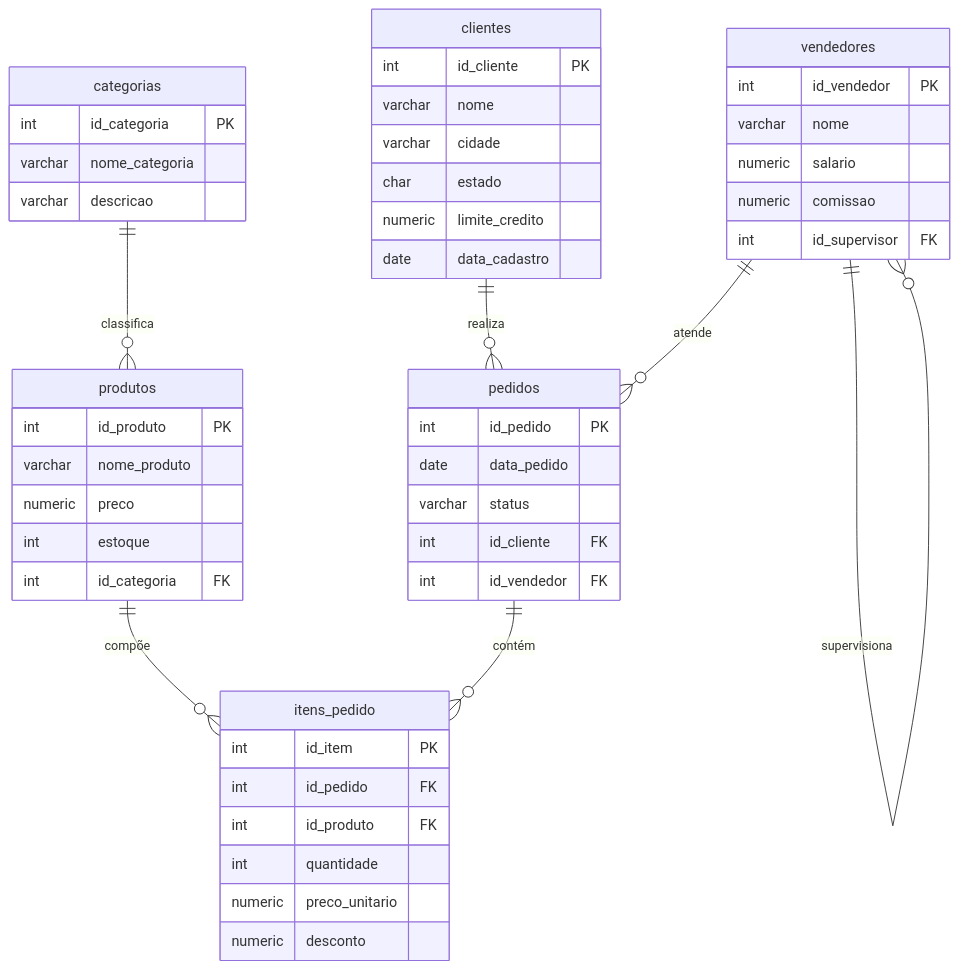
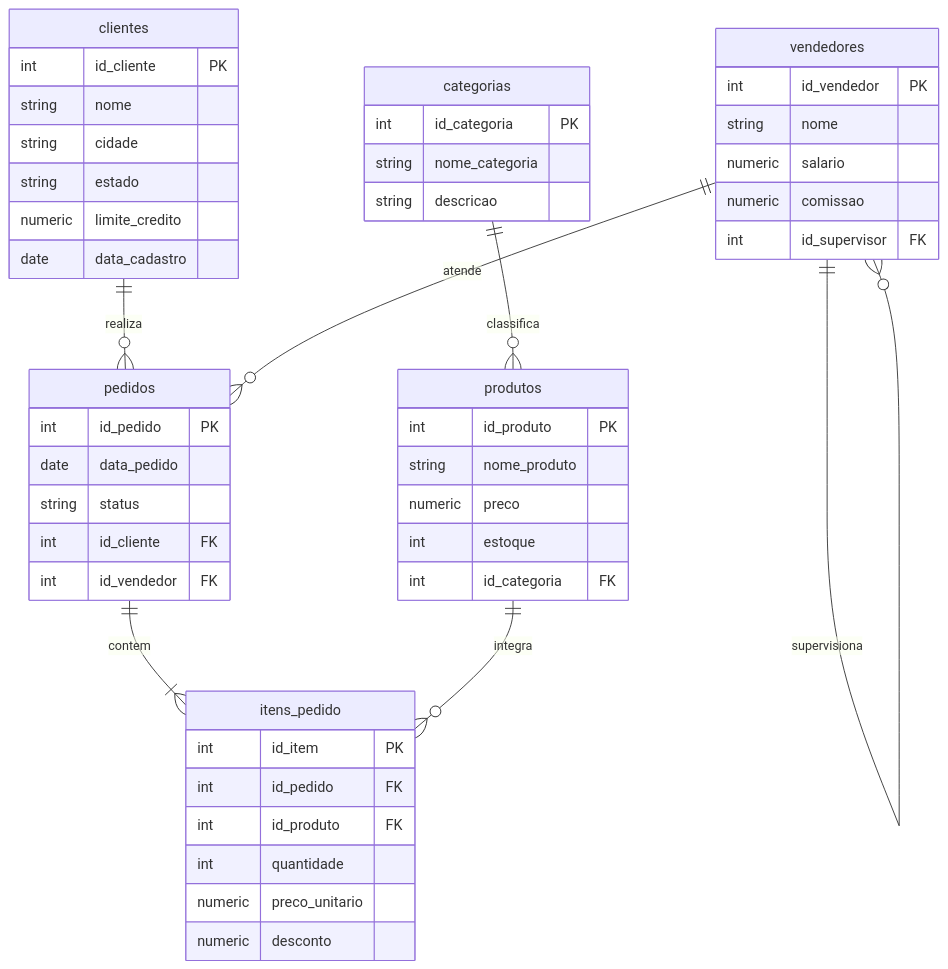
The first of 6 diagrams in 4º Semestre/[Prof. Welington Garcia] Tópicos Avançados em Banco de Dados/Trabalhos/Lista de exercícios/detalhes.md (murilolol/unifef), drawn with Mermaid before and after one commit. The commit also changed other lines of this file and 429 other files, not shown here.

````diff
--- a/4º Semestre/[Prof. Welington Garcia] Tópicos Avançados em Banco de Dados/Trabalhos/Lista de exercícios/detalhes.md
+++ b/4º Semestre/[Prof. Welington Garcia] Tópicos Avançados em Banco de Dados/Trabalhos/Lista de exercícios/detalhes.md
@@ -55,52 +351,57 @@
 ```mermaid
 erDiagram
+    clientes ||--o{ pedidos : realiza
+    vendedores ||--o{ pedidos : atende
+    vendedores ||--o{ vendedores : supervisiona
+    pedidos ||--|{ itens_pedido : contem
+    produtos ||--o{ itens_pedido : integra
+    categorias ||--o{ produtos : classifica
+
     clientes {
         int id_cliente PK
-        varchar nome
-        varchar cidade
-        char estado
+        string nome
+        string cidade
+        string estado
         numeric limite_credito
         date data_cadastro
     }
+
     vendedores {
         int id_vendedor PK
-        varchar nome
+        string nome
         numeric salario
         numeric comissao
         int id_supervisor FK
     }
+
     categorias {
         int id_categoria PK
-        varchar nome_categoria
-        varchar descricao
+        string nome_categoria
+        string descricao
     }
+
     produtos {
         int id_produto PK
-        varchar nome_produto
+        string nome_produto
         numeric preco
         int estoque
         int id_categoria FK
     }
+
     pedidos {
         int id_pedido PK
         date data_pedido
-        varchar status
+        string status
         int id_cliente FK
         int id_vendedor FK
     }
+
     itens_pedido {
         int id_item PK
         int id_pedido FK
         int id_produto FK
         int quantidade
         numeric preco_unitario
         numeric desconto
     }
-
-    clientes ||--o{ pedidos : "realiza"
-    vendedores ||--o{ pedidos : "atende"
-    vendedores ||--o{ vendedores : "supervisiona"
-    categorias ||--o{ produtos : "classifica"
-    produtos ||--o{ itens_pedido : "compõe"
-    pedidos ||--o{ itens_pedido : "contém"
 ```
````
